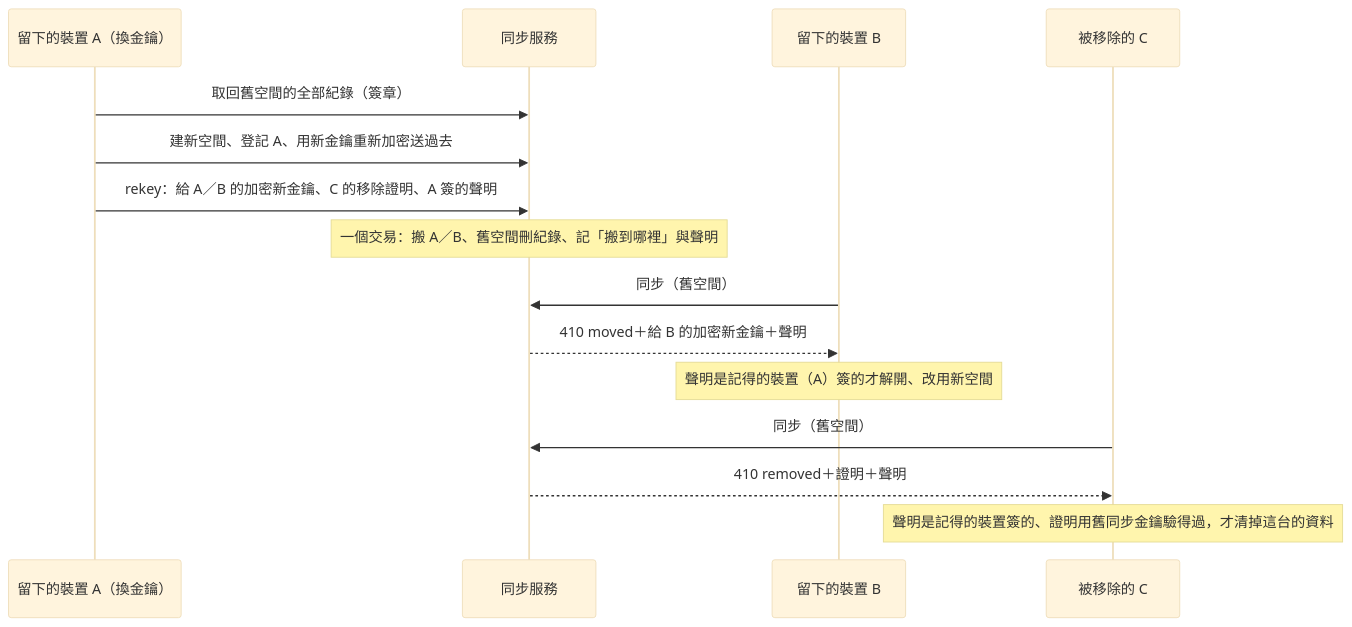
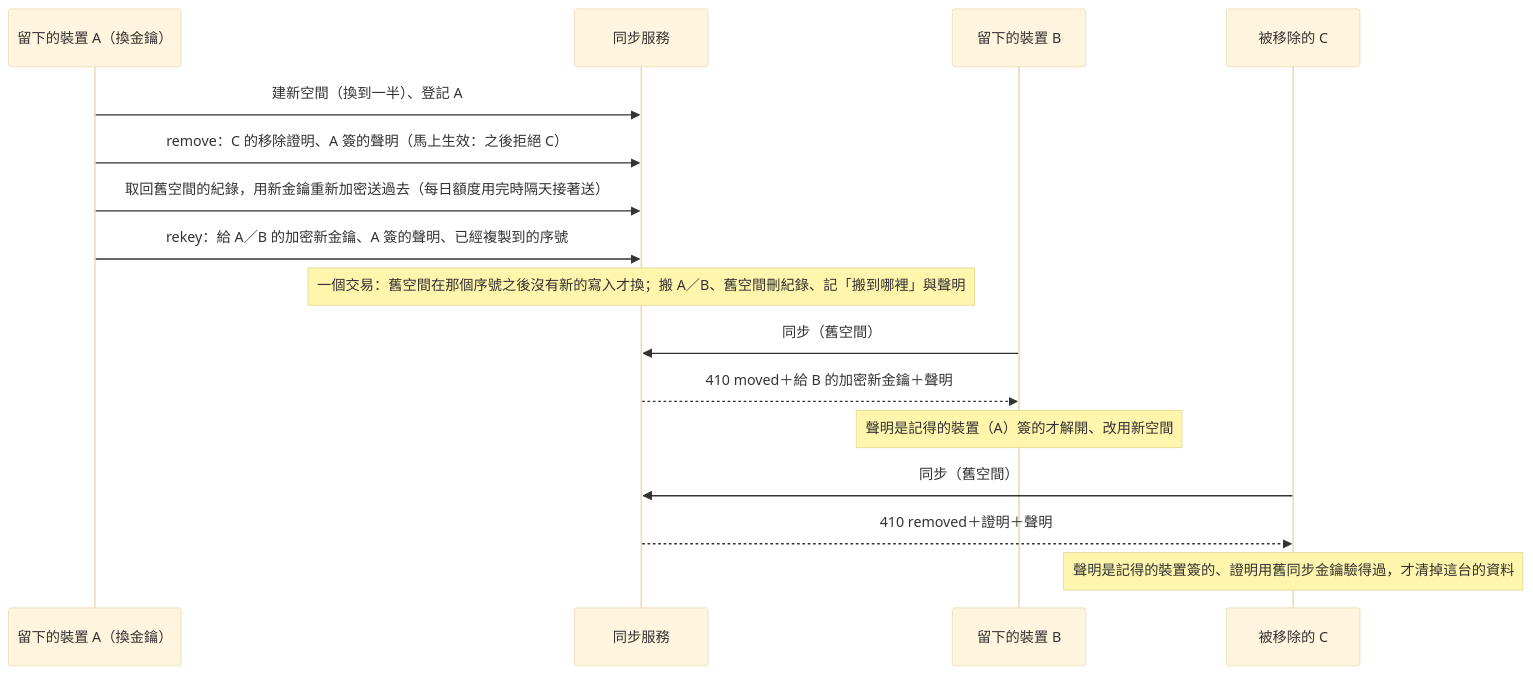
One commit to williampcs/RunningCoach changed the fifth of 5 diagrams in doc/architecture.md. Above: the diagram before and after it, drawn with Mermaid (base theme). The commit also changed other lines of this file and 2 other files, not shown here.

First line of the commit message:
docs: removal takes effect immediately; rekey across days (spec 12.10)

````diff
--- a/doc/architecture.md
+++ b/doc/architecture.md
@@ -284,17 +284,18 @@
 ```mermaid
 sequenceDiagram
     participant A as 留下的裝置 A（換金鑰）
     participant S as 同步服務
     participant B as 留下的裝置 B
     participant C as 被移除的 C
-    A->>S: 取回舊空間的全部紀錄（簽章）
-    A->>S: 建新空間、登記 A、用新金鑰重新加密送過去
-    A->>S: rekey：給 A／B 的加密新金鑰、C 的移除證明、A 簽的聲明
-    Note over S: 一個交易：搬 A／B、舊空間刪紀錄、記「搬到哪裡」與聲明
+    A->>S: 建新空間（換到一半）、登記 A
+    A->>S: remove：C 的移除證明、A 簽的聲明（馬上生效：之後拒絕 C）
+    A->>S: 取回舊空間的紀錄，用新金鑰重新加密送過去（每日額度用完時隔天接著送）
+    A->>S: rekey：給 A／B 的加密新金鑰、A 簽的聲明、已經複製到的序號
+    Note over S: 一個交易：舊空間在那個序號之後沒有新的寫入才換；搬 A／B、舊空間刪紀錄、記「搬到哪裡」與聲明
     B->>S: 同步（舊空間）
     S-->>B: 410 moved＋給 B 的加密新金鑰＋聲明
     Note over B: 聲明是記得的裝置（A）簽的才解開、改用新空間
     C->>S: 同步（舊空間）
     S-->>C: 410 removed＋證明＋聲明
     Note over C: 聲明是記得的裝置簽的、證明用舊同步金鑰驗得過，才清掉這台的資料
 ```
````
